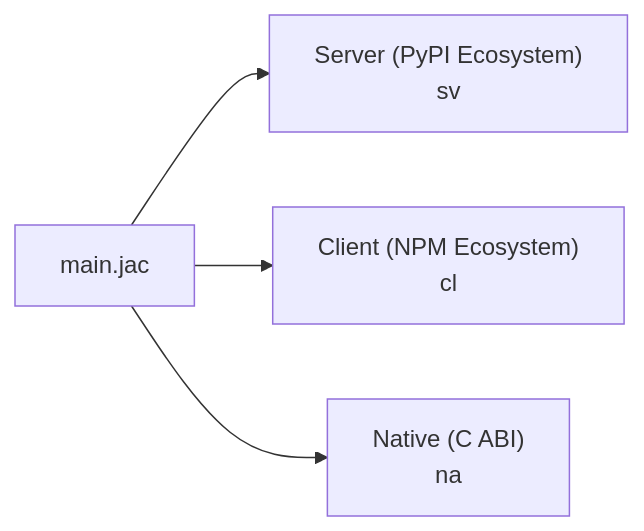
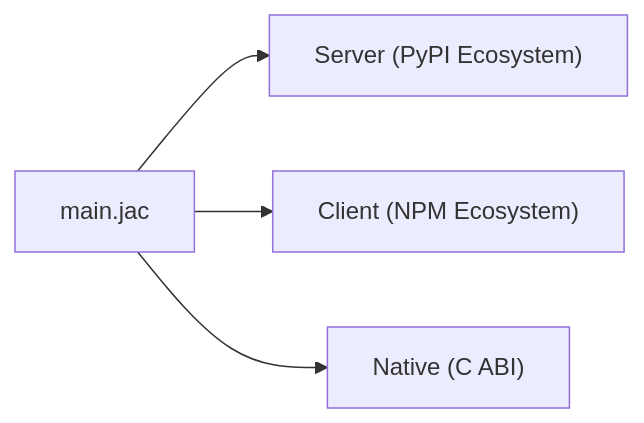
Before and after one commit to jaseci-labs/jaseci: the first of 2 diagrams in jac/jaclang/cli/docs/quick-guide/what-makes-jac-different.md, drawn with Mermaid. The commit also changed other lines of this file and 761 other files, not shown here.

````diff
--- a/jac/jaclang/cli/docs/quick-guide/what-makes-jac-different.md
+++ b/jac/jaclang/cli/docs/quick-guide/what-makes-jac-different.md
@@ -22,9 +22,6 @@
 ```mermaid
 graph LR
-    JAC["main.jac"] --> SV["Server (PyPI Ecosystem)
-    sv"]
-    JAC --> CL["Client (NPM Ecosystem)
-    cl"]
-    JAC --> NA["Native (C ABI)
-    na"]
+    JAC["main.jac"] --> SV["Server (PyPI Ecosystem)"]
+    JAC --> CL["Client (NPM Ecosystem)"]
+    JAC --> NA["Native (C ABI)"]
 ```
````
